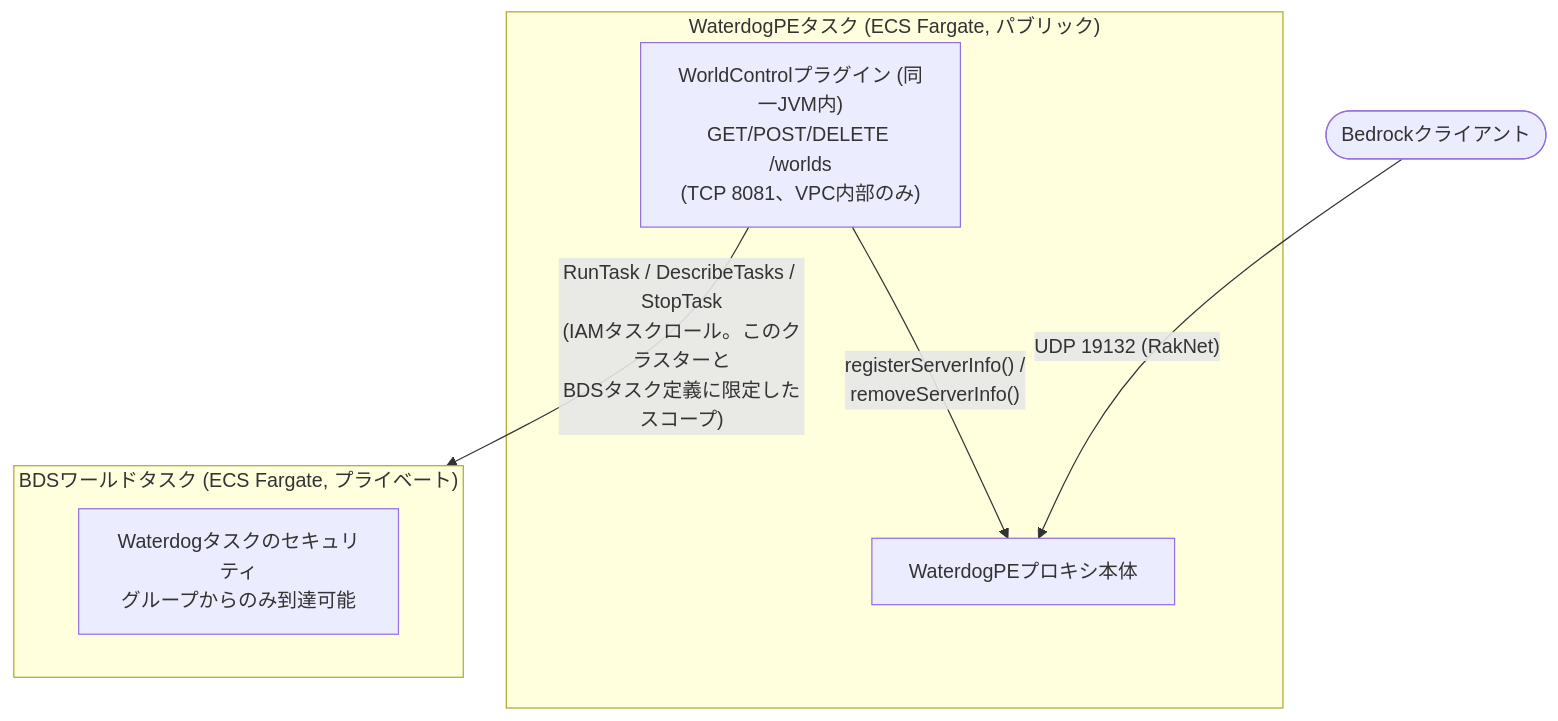
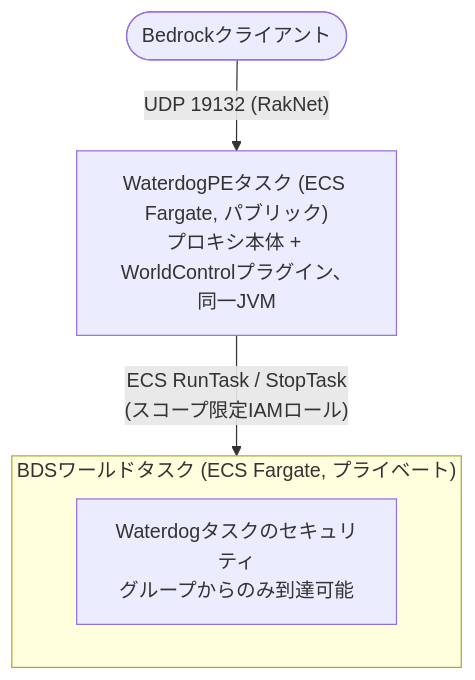
The second of 2 diagrams in README.md (gollilla/MultiWorldBDS), drawn with Mermaid before and after one commit. The commit also changed other lines of this file, not shown here.

Commit message:
Simplify the architecture diagram
Collapsed WaterdogPE and WorldControl into a single node (they're one
process; the previous two-boxes-with-an-arrow layout read as if
WorldControl called into Waterdog over some external channel, when
registerServerInfo()/removeServerInfo() are just in-process method
calls) and cut the per-node detail text down to what actually needs to
be in the picture - the rest already lives in the Layout section's prose.

````diff
--- a/README.md
+++ b/README.md
@@ -127,16 +123,12 @@
 ```mermaid
 flowchart TD
-    Client(["Bedrockクライアント"]) -->|"UDP 19132 (RakNet)"| Proxy
+    Client(["Bedrockクライアント"]) -->|"UDP 19132 (RakNet)"| WaterdogTask
 
-    subgraph WaterdogTask["WaterdogPEタスク (ECS Fargate, パブリック)"]
-        Proxy["WaterdogPEプロキシ本体"]
-        Plugin["WorldControlプラグイン (同一JVM内)<br/>GET/POST/DELETE /worlds<br/>(TCP 8081、VPC内部のみ)"]
-        Plugin -->|"registerServerInfo() /<br/>removeServerInfo()"| Proxy
-    end
+    WaterdogTask["WaterdogPEタスク (ECS Fargate, パブリック)<br/>プロキシ本体 + WorldControlプラグイン、同一JVM"]
 
-    Plugin -->|"RunTask / DescribeTasks / StopTask<br/>(IAMタスクロール。このクラスターと<br/>BDSタスク定義に限定したスコープ)"| BdsTasks
+    WaterdogTask -->|"ECS RunTask / StopTask<br/>(スコープ限定IAMロール)"| BdsTasks
 
     subgraph BdsTasks["BDSワールドタスク (ECS Fargate, プライベート)"]
         World["Waterdogタスクのセキュリティ<br/>グループからのみ到達可能"]
     end
 ```
````
